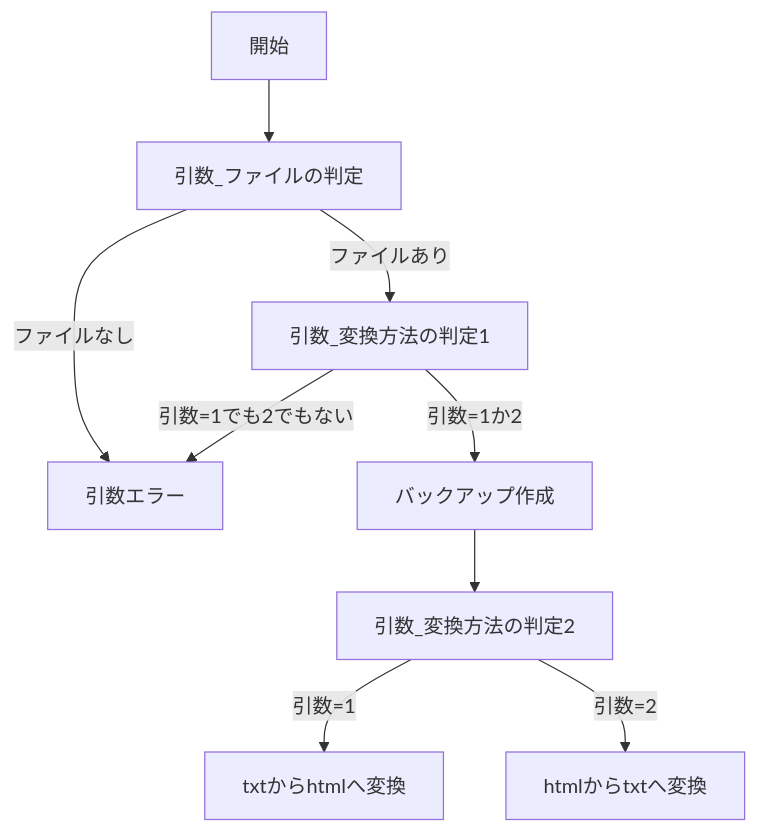
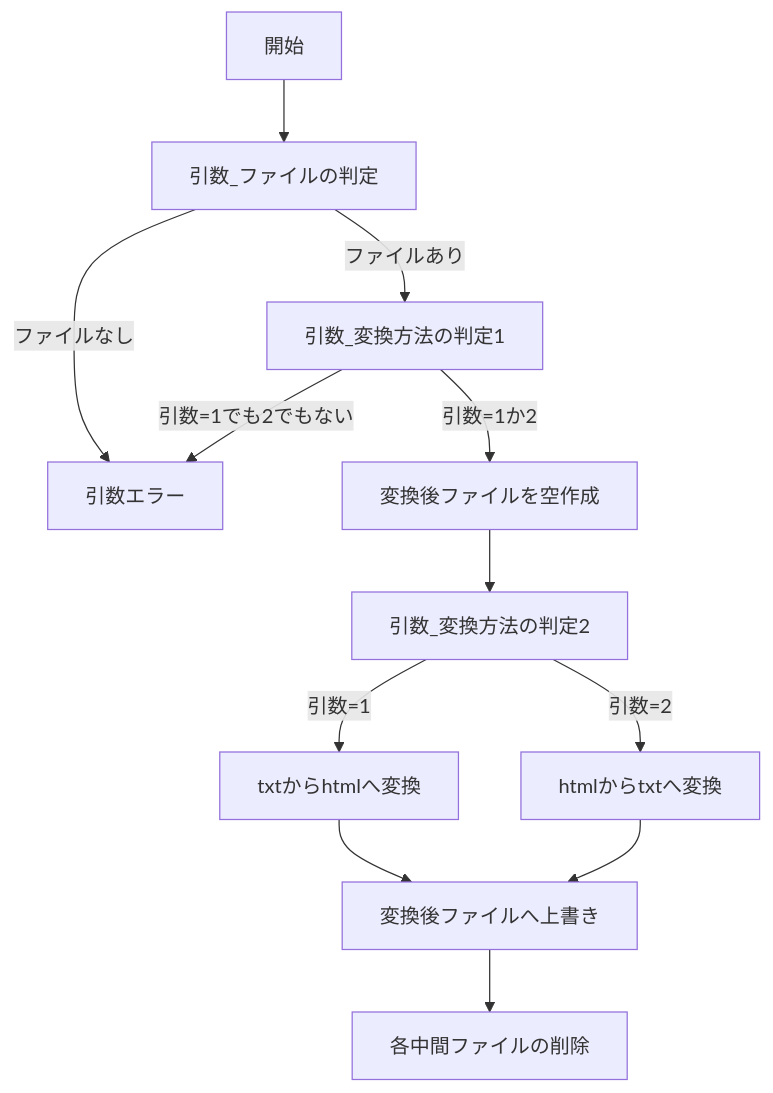
One commit to y-mikou/littlebug changed the diagram in README.md. Above: the diagram before and after it, drawn with Mermaid. The commit also changed other lines of this file, not shown here.

````diff
--- a/README.md
+++ b/README.md
@@ -499,12 +71,15 @@
 ``` mermaid 
 flowchart TD
 
 開始 --> 引数_ファイルの判定
 引数_ファイルの判定 --ファイルあり--> 引数_変換方法の判定1 
 引数_ファイルの判定 --ファイルなし--> 引数エラー
-引数_変換方法の判定1 --引数=1か2--> バックアップ作成
+引数_変換方法の判定1 --引数=1か2--> 変換後ファイルを空作成
 引数_変換方法の判定1 --引数=1でも2でもない--> 引数エラー
-バックアップ作成 --> 引数_変換方法の判定2
+変換後ファイルを空作成 --> 引数_変換方法の判定2
 引数_変換方法の判定2 --引数=1--> txtからhtmlへ変換
 引数_変換方法の判定2 --引数=2--> htmlからtxtへ変換
+txtからhtmlへ変換 --> 変換後ファイルへ上書き
+htmlからtxtへ変換 --> 変換後ファイルへ上書き
+変換後ファイルへ上書き --> 各中間ファイルの削除
 ```
````
